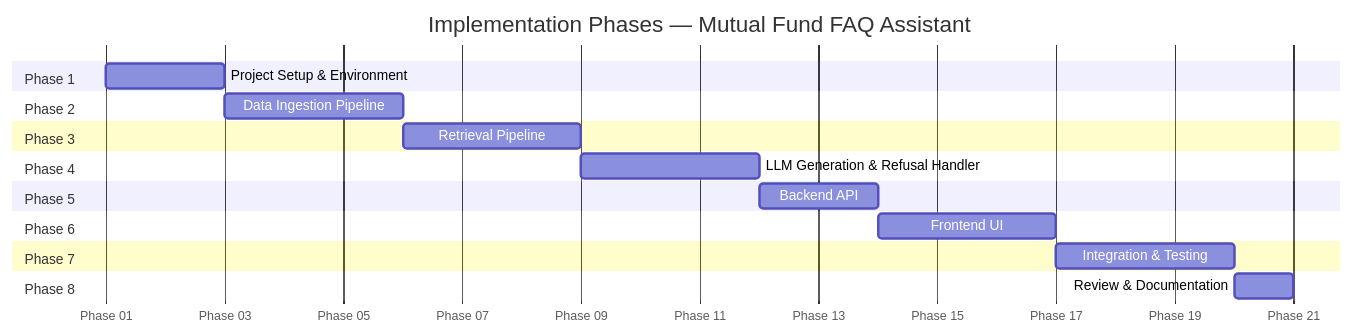
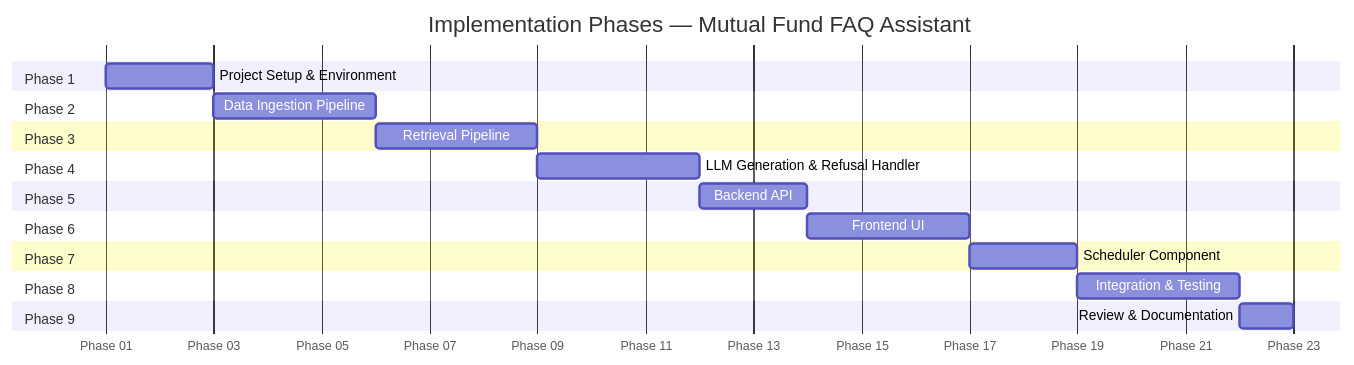
The diagram in docs/implementation-plan.md (parassaini05/mutual-fund-assistant), drawn with Mermaid before and after one commit. The commit also changed other lines of this file and 1 other file, not shown here.

Commit message:
feat: add GitHub Actions scheduler for daily ingestion

````diff
--- a/docs/implementation-plan.md
+++ b/docs/implementation-plan.md
@@ -10,23 +10,25 @@
 ```mermaid
 gantt
     title Implementation Phases — Mutual Fund FAQ Assistant
     dateFormat  YYYY-MM-DD
     axisFormat  Phase %d
 
     section Phase 1
     Project Setup & Environment       :p1, 2024-01-01, 2d
     section Phase 2
     Data Ingestion Pipeline           :p2, after p1, 3d
     section Phase 3
     Retrieval Pipeline                :p3, after p2, 3d
     section Phase 4
     LLM Generation & Refusal Handler  :p4, after p3, 3d
     section Phase 5
     Backend API                       :p5, after p4, 2d
     section Phase 6
     Frontend UI                       :p6, after p5, 3d
     section Phase 7
-    Integration & Testing             :p7, after p6, 3d
+    Scheduler Component               :p7, after p6, 2d
     section Phase 8
-    Review & Documentation            :p8, after p7, 1d
+    Integration & Testing             :p8, after p7, 3d
+    section Phase 9
+    Review & Documentation            :p9, after p8, 1d
 ```
````
